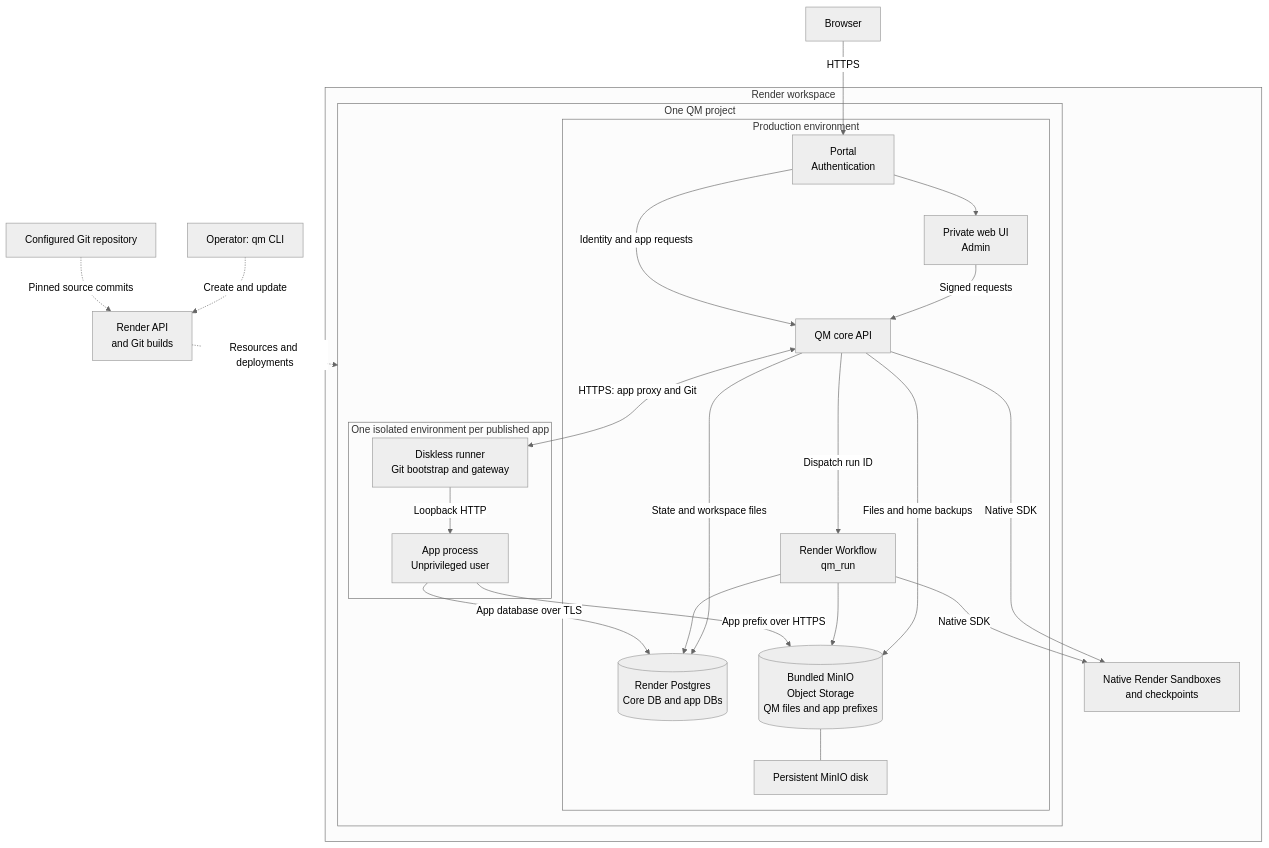
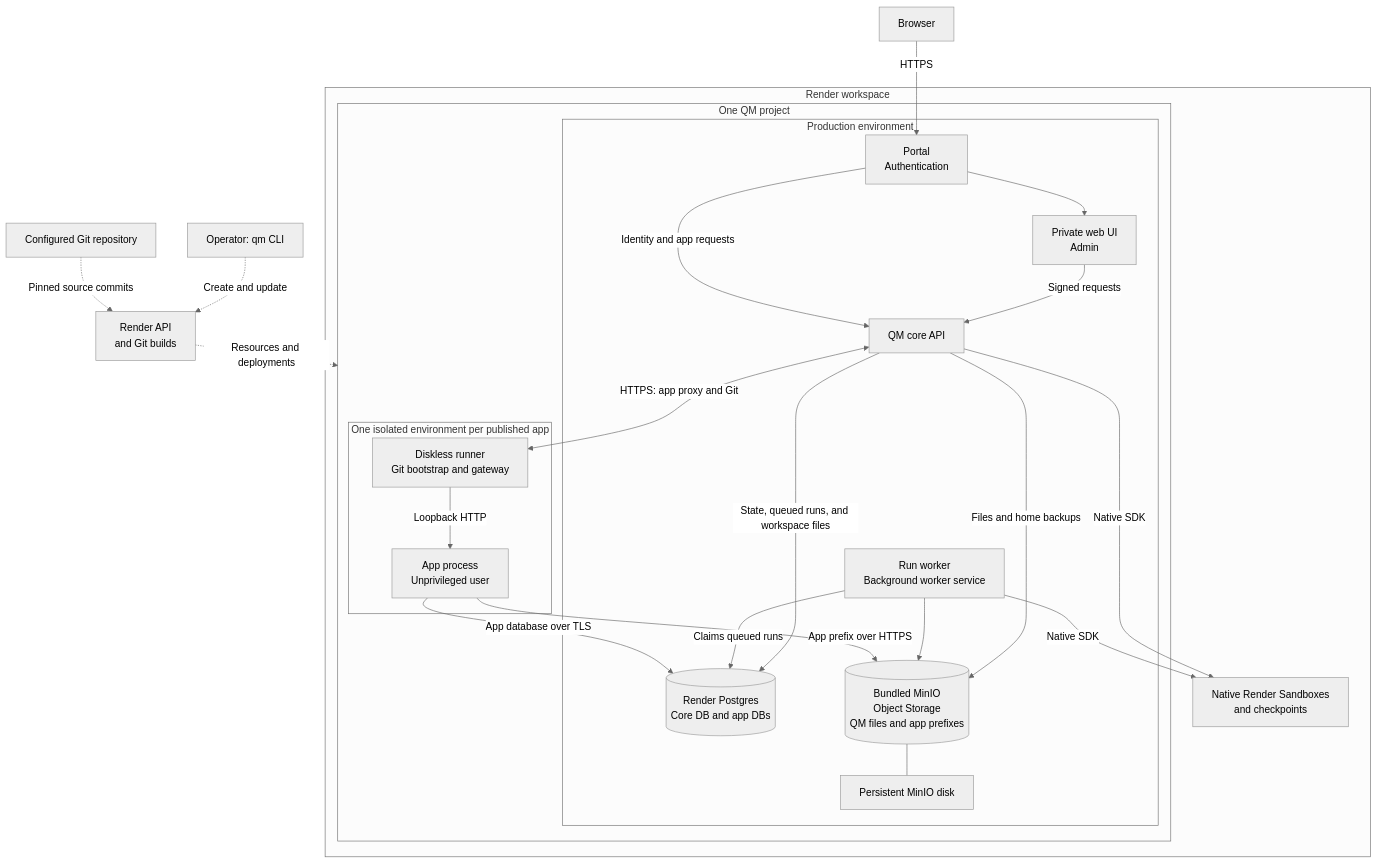
Before and after one commit to anurag/qm: the diagram in cli/templates/deployment/references/render.md, drawn with Mermaid (neutral theme). The commit also changed other lines of this file and 13 other files, not shown here.

````diff
--- a/cli/templates/deployment/references/render.md
+++ b/cli/templates/deployment/references/render.md
@@ -41,48 +41,47 @@
 ```mermaid
 flowchart TB
     operator["Operator: qm CLI"]
     source["Configured Git repository"]
     control["Render API<br/>and Git builds"]
     browser["Browser"]
 
     subgraph workspace["Render workspace"]
         subgraph project["One QM project"]
             subgraph production["Production environment"]
                 portal["Portal<br/>Authentication"]
                 web["Private web UI<br/>Admin"]
                 core["QM core API"]
-                worker["Render Workflow<br/>qm_run"]
+                worker["Run worker<br/>Background worker service"]
                 postgres[("Render Postgres<br/>Core DB and app DBs")]
                 minio[("Bundled MinIO<br/>Object Storage<br/>QM files and app prefixes")]
                 disk["Persistent MinIO disk"]
             end
             subgraph isolated["One isolated environment per published app"]
                 runner["Diskless runner<br/>Git bootstrap and gateway"]
                 app["App process<br/>Unprivileged user"]
             end
         end
         sandbox["Native Render Sandboxes<br/>and checkpoints"]
     end
 
     operator -.->|Create and update| control
     source -.->|Pinned source commits| control
     control -.->|Resources and deployments| project
 
     browser -->|HTTPS| portal
     portal --> web
     web -->|Signed requests| core
     portal -->|Identity and app requests| core
-    core -->|Dispatch run ID| worker
-    core -->|State and workspace files| postgres
-    worker --> postgres
+    core -->|State, queued runs, and workspace files| postgres
+    worker -->|Claims queued runs| postgres
     core -->|Files and home backups| minio
     worker --> minio
     minio --- disk
     core -->|Native SDK| sandbox
     worker -->|Native SDK| sandbox
 
     core <-->|HTTPS: app proxy and Git| runner
     runner -->|Loopback HTTP| app
     app -->|App database over TLS| postgres
     app -->|App prefix over HTTPS| minio
 ```
````
